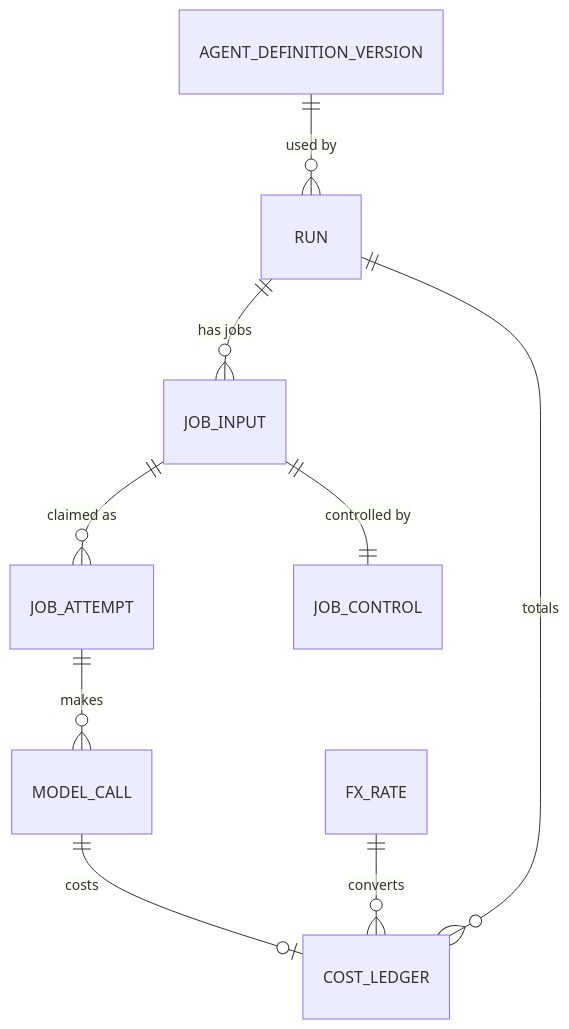
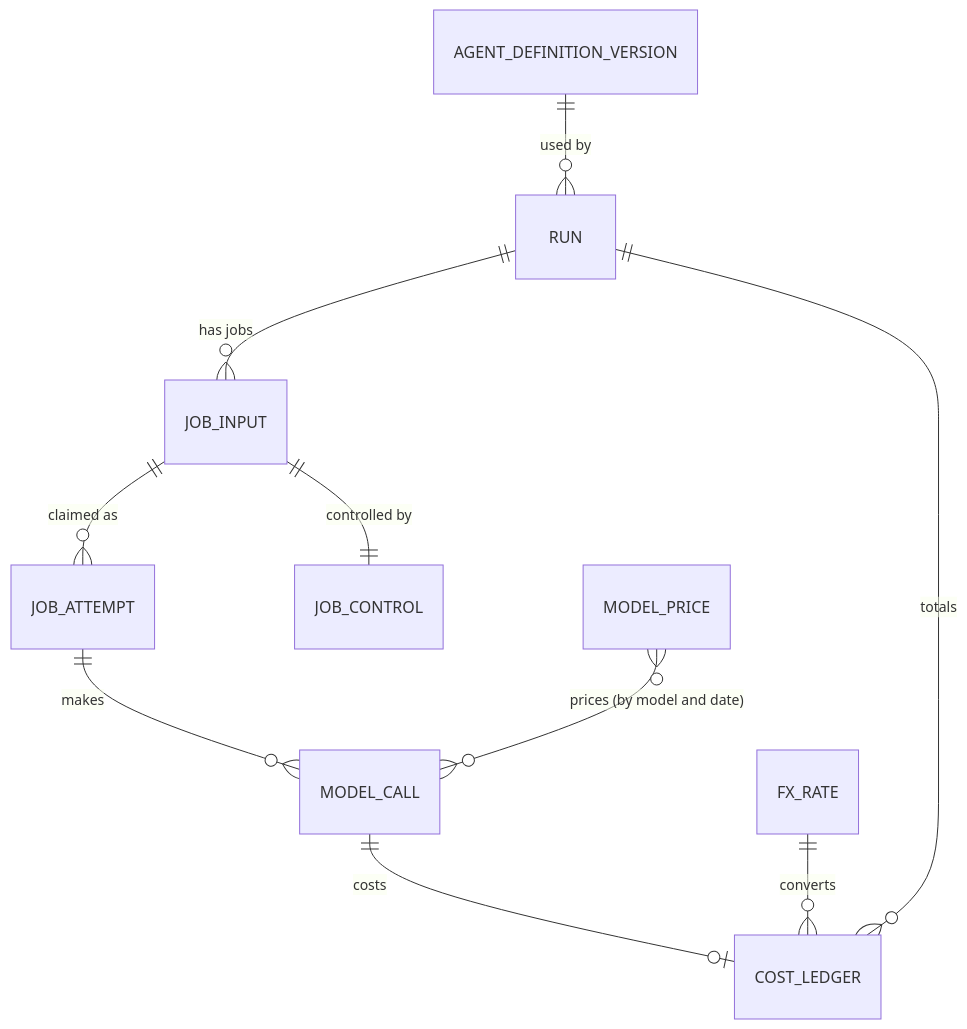
The third of 3 diagrams in docs/database/2026-10-04-database-schema.md (sachinkuber/marketing.sarathi.gvcc.in), drawn with Mermaid before and after one commit. The commit also changed other lines of this file and 2 other files, not shown here.

````diff
--- a/docs/database/2026-10-04-database-schema.md
+++ b/docs/database/2026-10-04-database-schema.md
@@ -411,11 +412,12 @@
 ```mermaid
 erDiagram
   AGENT_DEFINITION_VERSION ||--o{ RUN : "used by"
   RUN ||--o{ JOB_INPUT : "has jobs"
   JOB_INPUT ||--o{ JOB_ATTEMPT : "claimed as"
   JOB_INPUT ||--|| JOB_CONTROL : "controlled by"
   JOB_ATTEMPT ||--o{ MODEL_CALL : "makes"
   MODEL_CALL ||--o| COST_LEDGER : "costs"
   FX_RATE ||--o{ COST_LEDGER : "converts"
+  MODEL_PRICE }o--o{ MODEL_CALL : "prices (by model and date)"
   RUN ||--o{ COST_LEDGER : "totals"
 ```
````
